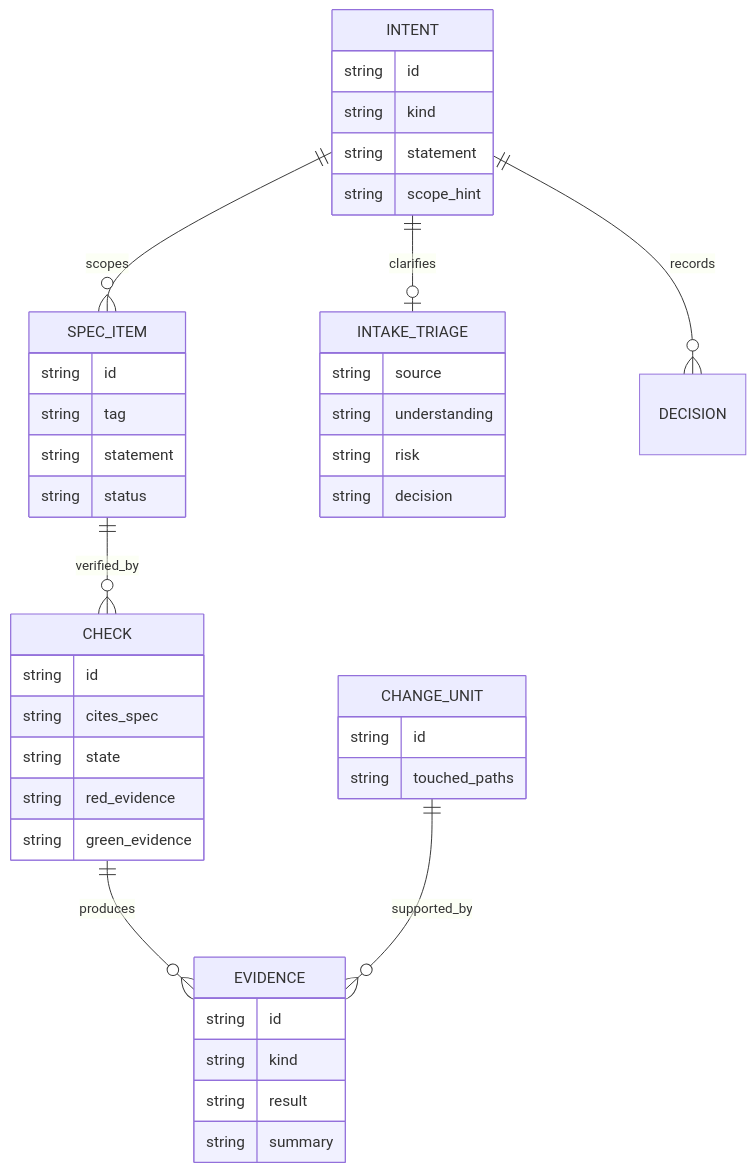
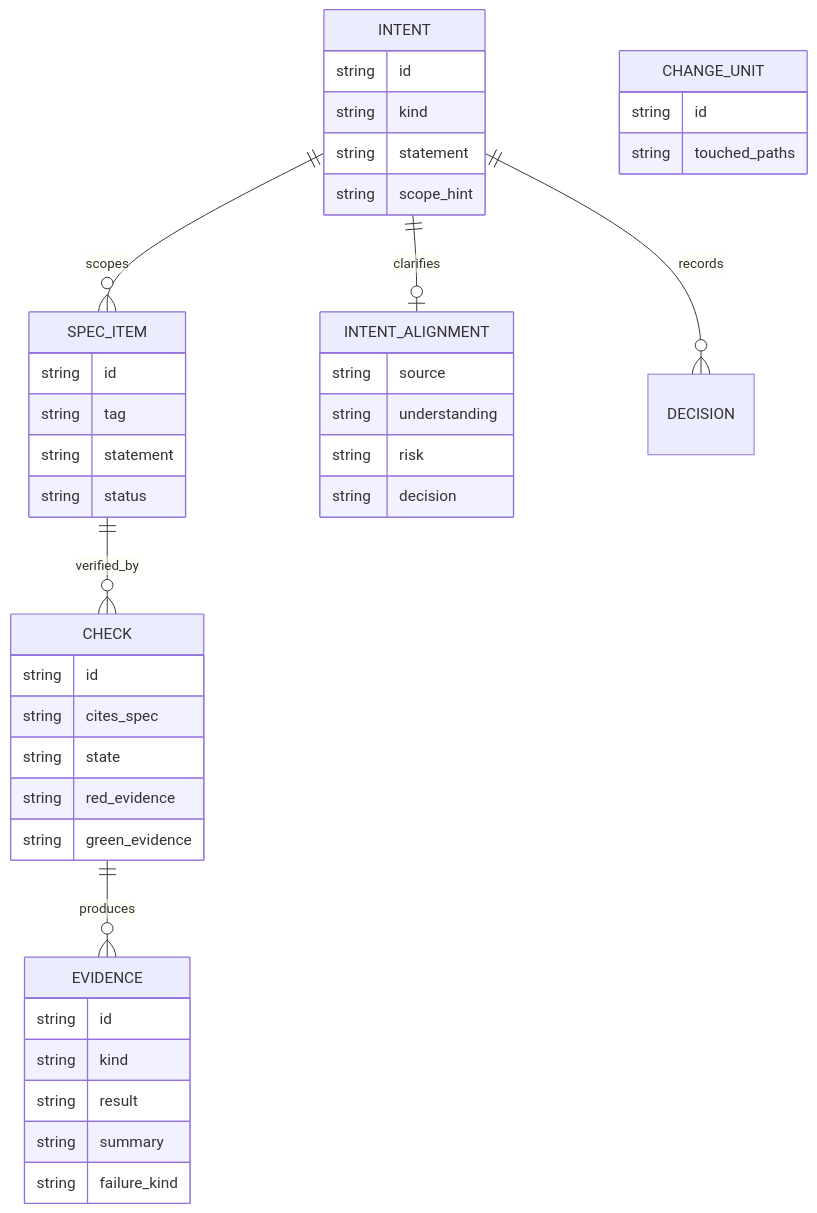
One commit to DDP-Engineering/Agentic_Engineering_Governance_Integrity_System changed the second of 2 diagrams in 00_Planning/Agentic_Development_Architecture/Agentic_Development_Stack_Architecture.md. Above: the diagram before and after it, drawn with Mermaid. The commit also changed other lines of this file and 59 other files, not shown here.

````diff
--- a/00_Planning/Agentic_Development_Architecture/Agentic_Development_Stack_Architecture.md
+++ b/00_Planning/Agentic_Development_Architecture/Agentic_Development_Stack_Architecture.md
@@ -221,45 +237,45 @@
 ```mermaid
 erDiagram
   INTENT ||--o{ SPEC_ITEM : scopes
-  INTENT ||--o| INTAKE_TRIAGE : clarifies
+  INTENT ||--o| INTENT_ALIGNMENT : clarifies
   SPEC_ITEM ||--o{ CHECK : verified_by
   CHECK ||--o{ EVIDENCE : produces
-  CHANGE_UNIT ||--o{ EVIDENCE : supported_by
   INTENT ||--o{ DECISION : records
 
   INTENT {
     string id
     string kind
     string statement
     string scope_hint
   }
-  INTAKE_TRIAGE {
+  INTENT_ALIGNMENT {
     string source
     string understanding
     string risk
     string decision
   }
   SPEC_ITEM {
     string id
     string tag
     string statement
     string status
   }
   CHECK {
     string id
     string cites_spec
     string state
     string red_evidence
     string green_evidence
   }
   EVIDENCE {
     string id
     string kind
     string result
     string summary
+    string failure_kind
   }
   CHANGE_UNIT {
     string id
     string touched_paths
   }
 ```
````
